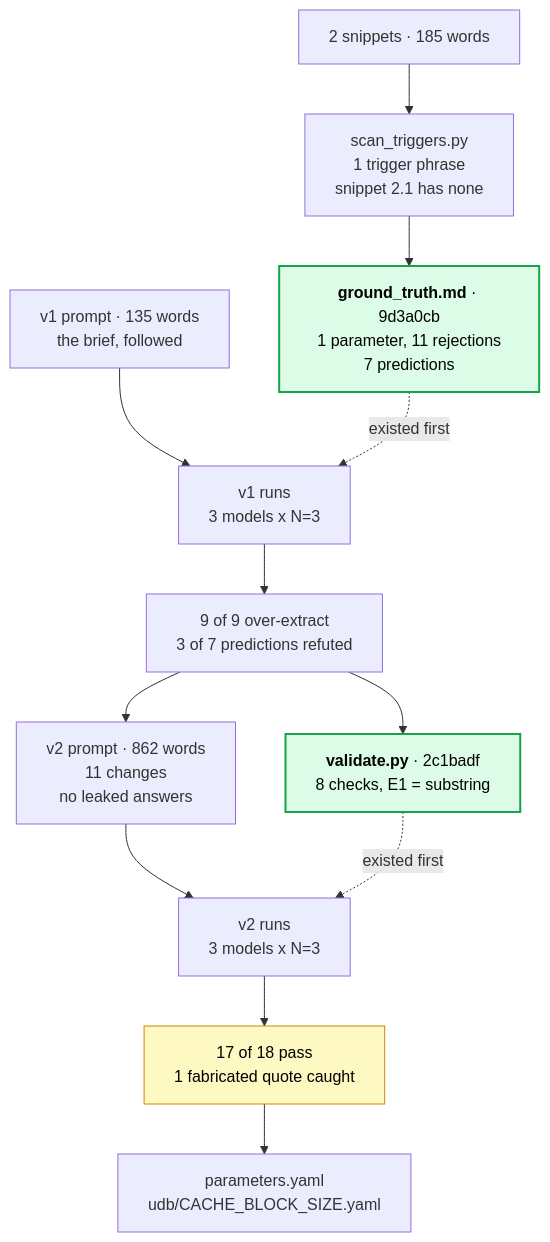
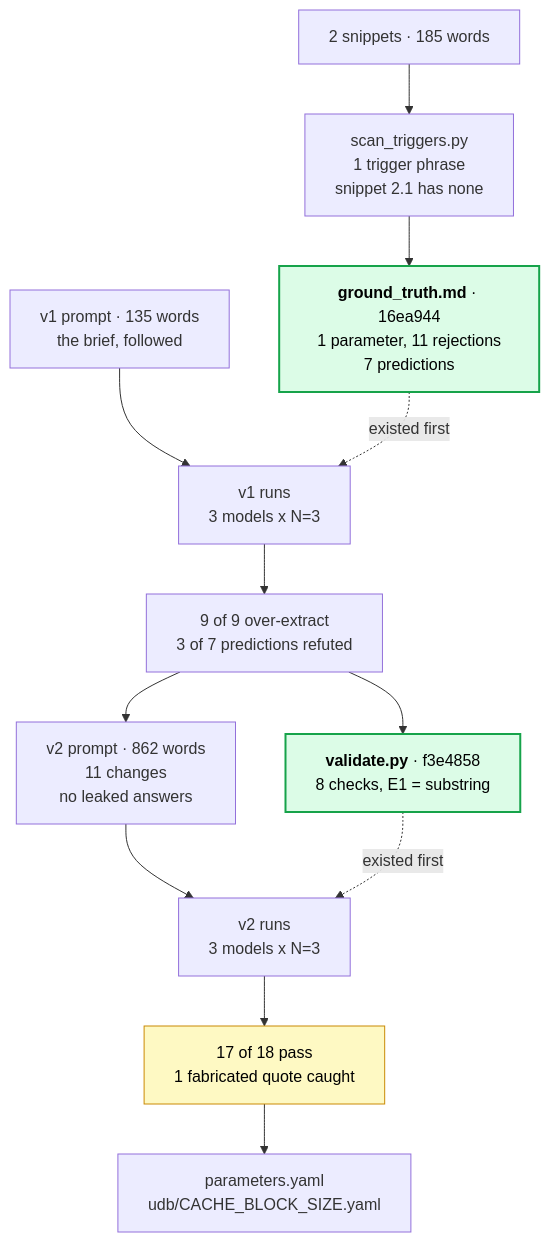
The diagram in README.md (RAJVEER42/lfx-param-extraction), drawn with Mermaid before and after one commit. The commit also changed 3 other files, not shown here.

````diff
--- a/README.md
+++ b/README.md
@@ -75,18 +75,18 @@
 ```mermaid
 flowchart TD
     S["2 snippets · 185 words"] --> T["scan_triggers.py<br/>1 trigger phrase<br/>snippet 2.1 has none"]
-    T --> G["<b>ground_truth.md</b> · 9d3a0cb<br/>1 parameter, 11 rejections<br/>7 predictions"]
+    T --> G["<b>ground_truth.md</b> · 16ea944<br/>1 parameter, 11 rejections<br/>7 predictions"]
     P1["v1 prompt · 135 words<br/>the brief, followed"] --> R1["v1 runs<br/>3 models x N=3"]
     G -. "existed first" .-> R1
     R1 --> A1["9 of 9 over-extract<br/>3 of 7 predictions refuted"]
     A1 --> P2["v2 prompt · 862 words<br/>11 changes<br/>no leaked answers"]
-    A1 --> V["<b>validate.py</b> · 2c1badf<br/>8 checks, E1 = substring"]
+    A1 --> V["<b>validate.py</b> · f3e4858<br/>8 checks, E1 = substring"]
     P2 --> R2["v2 runs<br/>3 models x N=3"]
     V -. "existed first" .-> R2
     R2 --> A2["17 of 18 pass<br/>1 fabricated quote caught"]
     A2 --> D["parameters.yaml<br/>udb/CACHE_BLOCK_SIZE.yaml"]
 
     style G fill:#dcfce7,stroke:#16a34a,stroke-width:2px,color:#000
     style V fill:#dcfce7,stroke:#16a34a,stroke-width:2px,color:#000
     style A2 fill:#fef9c3,stroke:#ca8a04,color:#000
 ```
````
